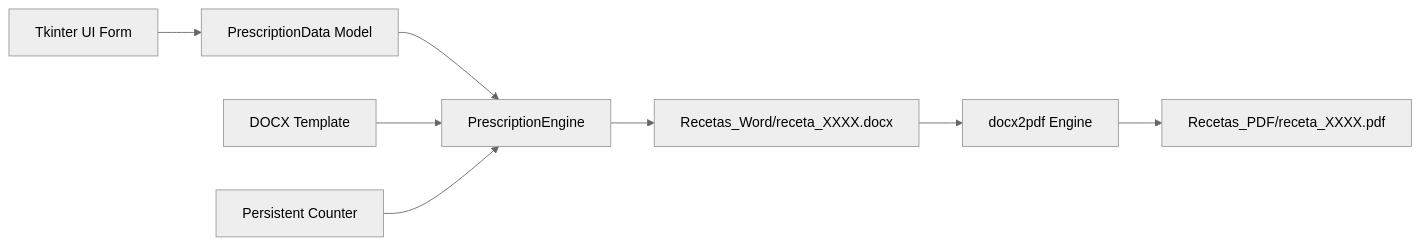
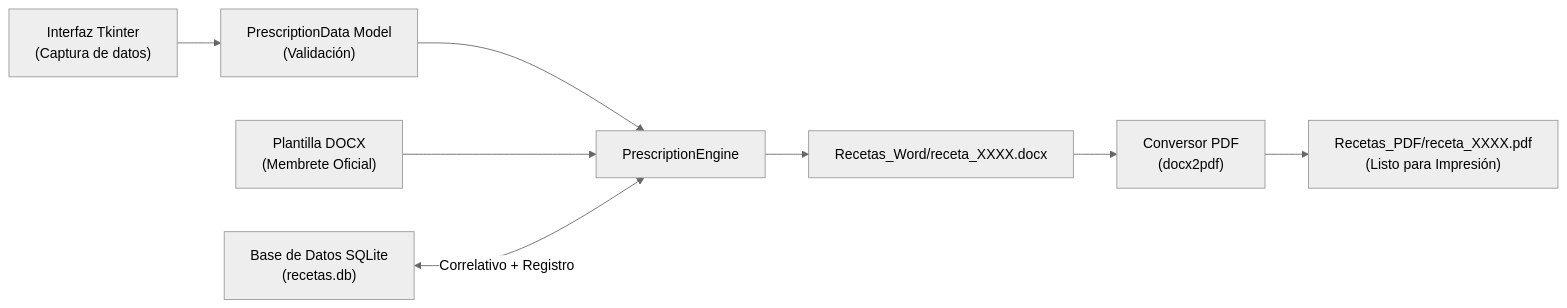
Before and after one commit to Klopezxd/vet-prescription-generator: the diagram in README.md, drawn with Mermaid (neutral theme). The commit also changed other lines of this file and 5 other files, not shown here.

````diff
--- a/README.md
+++ b/README.md
@@ -30,10 +35,10 @@
 ```mermaid
 flowchart LR
-    A["Tkinter UI Form"] --> B["PrescriptionData Model"]
+    A["Interfaz Tkinter<br>(Captura de datos)"] --> B["PrescriptionData Model<br>(Validación)"]
     B --> C["PrescriptionEngine"]
-    D["DOCX Template"] --> C
-    E["Persistent Counter"] --> C
+    D["Plantilla DOCX<br>(Membrete Oficial)"] --> C
+    E["Base de Datos SQLite<br>(recetas.db)"] <-->|Correlativo + Registro| C
     C --> F["Recetas_Word/receta_XXXX.docx"]
-    F --> G["docx2pdf Engine"]
-    G --> H["Recetas_PDF/receta_XXXX.pdf"]
+    F --> G["Conversor PDF<br>(docx2pdf)"]
+    G --> H["Recetas_PDF/receta_XXXX.pdf<br>(Listo para Impresión)"]
 ```
````
